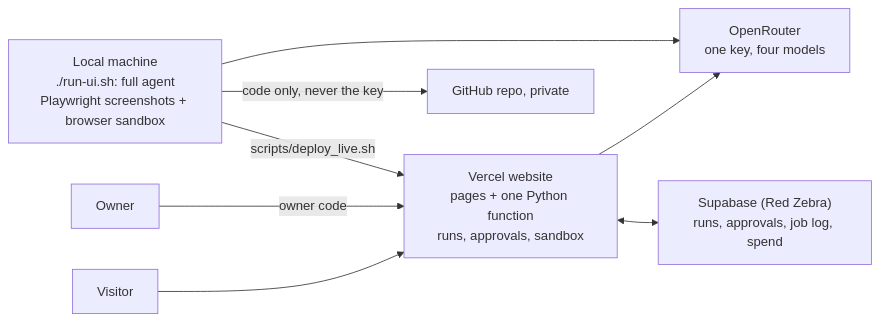
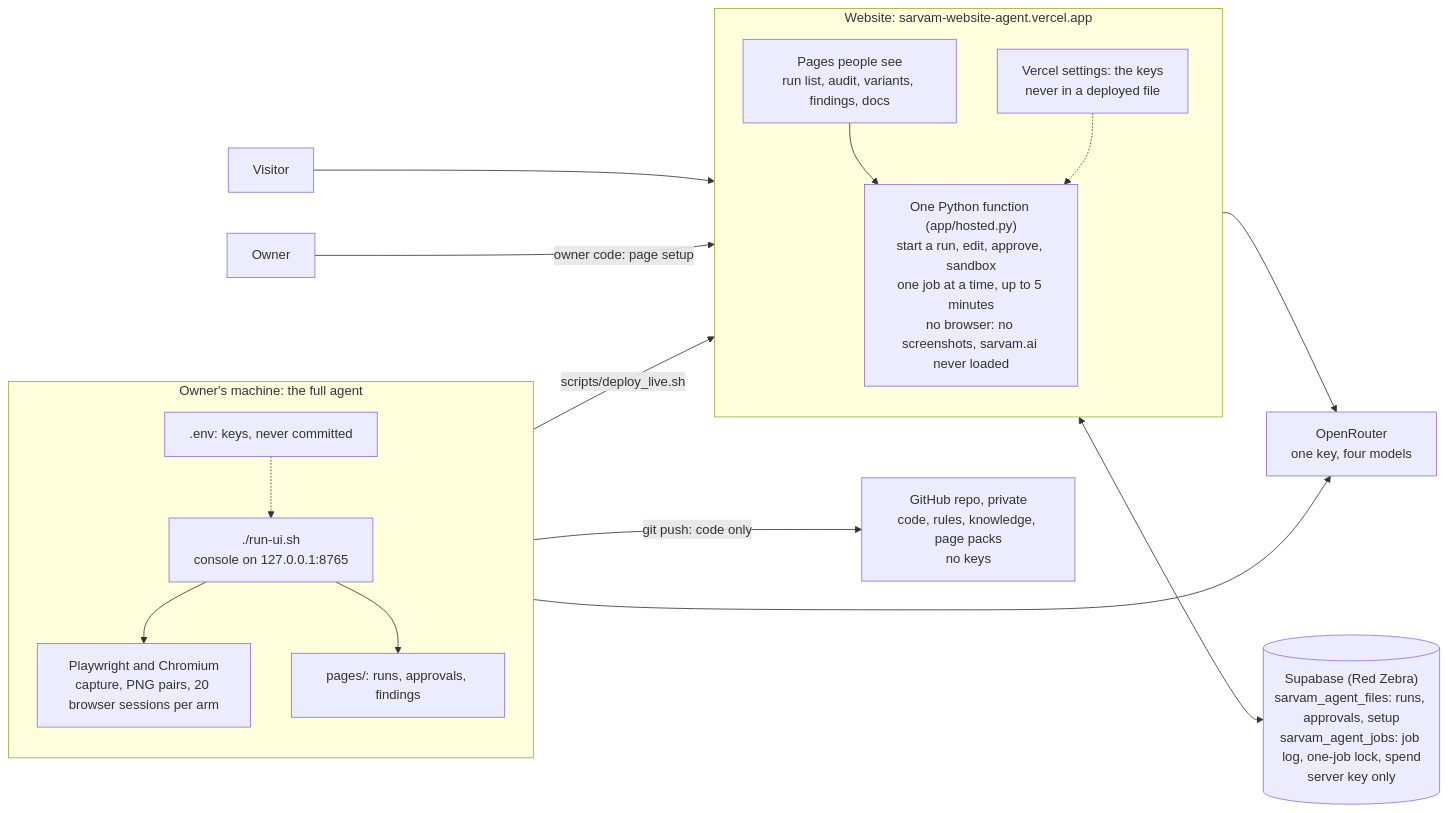
The fourth of 4 diagrams in docs/architecture.md (jtrnjn271994-cloud/sarvam-website-agent), drawn with Mermaid before and after one commit. The commit also changed other lines of this file and 28 other files, not shown here.

Commit message:
Edit and re-check for any variant; architecture v10 in the reference style with every step; per-run flow diagram built by one script for every run, with a skill file and scenario self-test; README for reviewers

````diff
--- a/docs/architecture.md
+++ b/docs/architecture.md
@@ -86,10 +135,31 @@
 ```mermaid
 flowchart LR
-    U["Visitor"] --> V["Vercel website<br/>pages + one Python function<br/>runs, approvals, sandbox"]
-    V --> OR["OpenRouter<br/>one key, four models"]
-    V <--> SB["Supabase (Red Zebra)<br/>runs, approvals, job log, spend"]
-    O["Owner"] -->|owner code| V
-    L["Local machine<br/>./run-ui.sh: full agent<br/>Playwright screenshots + browser sandbox"] --> OR
-    L -->|scripts/deploy_live.sh| V
-    L -->|code only, never the key| GH["GitHub repo, private"]
+    subgraph LOCAL["Owner's machine: the full agent"]
+        direction TB
+        UI["./run-ui.sh<br/>console on 127.0.0.1:8765"]
+        PW["Playwright and Chromium<br/>capture, PNG pairs, 20 browser sessions per arm"]
+        ENV[".env: keys, never committed"]
+        PG["pages/: runs, approvals, findings"]
+        UI --> PW
+        UI --> PG
+        ENV -.-> UI
+    end
+    subgraph WEB["Website: sarvam-website-agent.vercel.app"]
+        direction TB
+        ST["Pages people see<br/>run list, audit, variants, findings, docs"]
+        FN["One Python function (app/hosted.py)<br/>start a run, edit, approve, sandbox<br/>one job at a time, up to 5 minutes<br/>no browser: no screenshots, sarvam.ai never loaded"]
+        VENV["Vercel settings: the keys<br/>never in a deployed file"]
+        ST --> FN
+        VENV -.-> FN
+    end
+    SB[("Supabase (Red Zebra)<br/>sarvam_agent_files: runs, approvals, setup<br/>sarvam_agent_jobs: job log, one-job lock, spend<br/>server key only")]
+    OR["OpenRouter<br/>one key, four models"]
+    GH["GitHub repo, private<br/>code, rules, knowledge, page packs<br/>no keys"]
+    V["Visitor"] --> ST
+    O["Owner"] -->|"owner code: page setup"| FN
+    FN <--> SB
+    FN --> OR
+    UI --> OR
+    LOCAL -->|"scripts/deploy_live.sh"| WEB
+    LOCAL -->|"git push: code only"| GH
 ```
````
